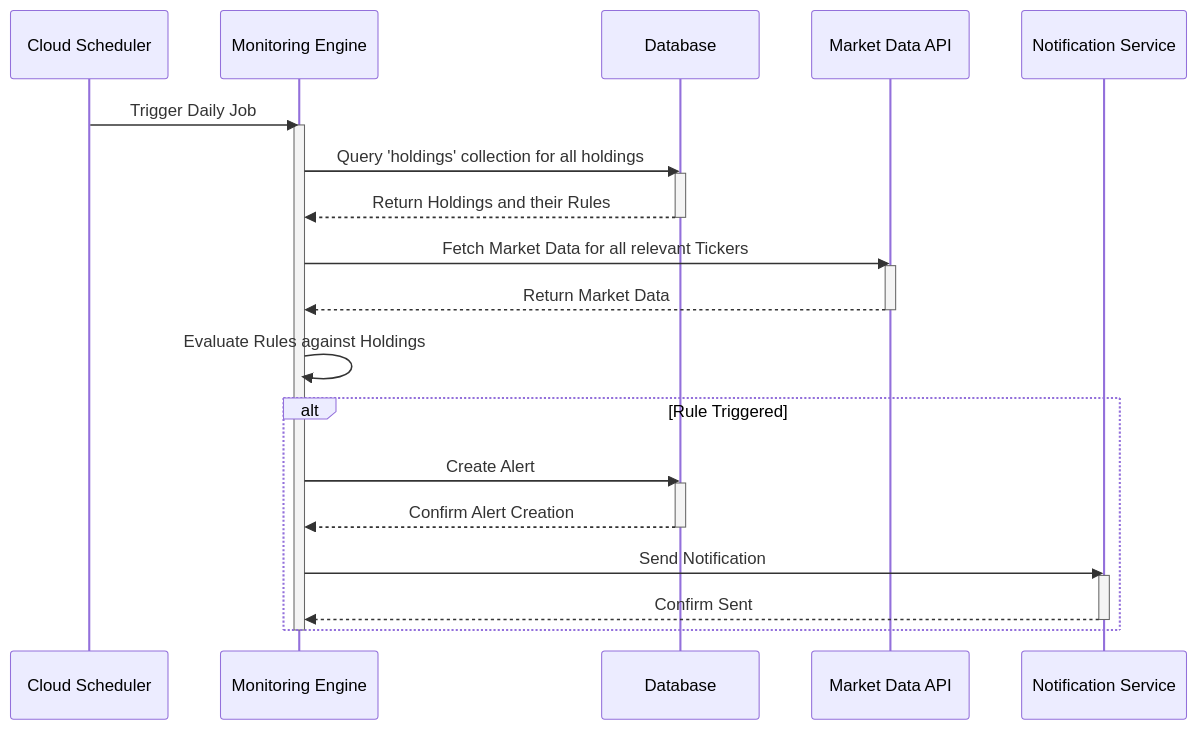
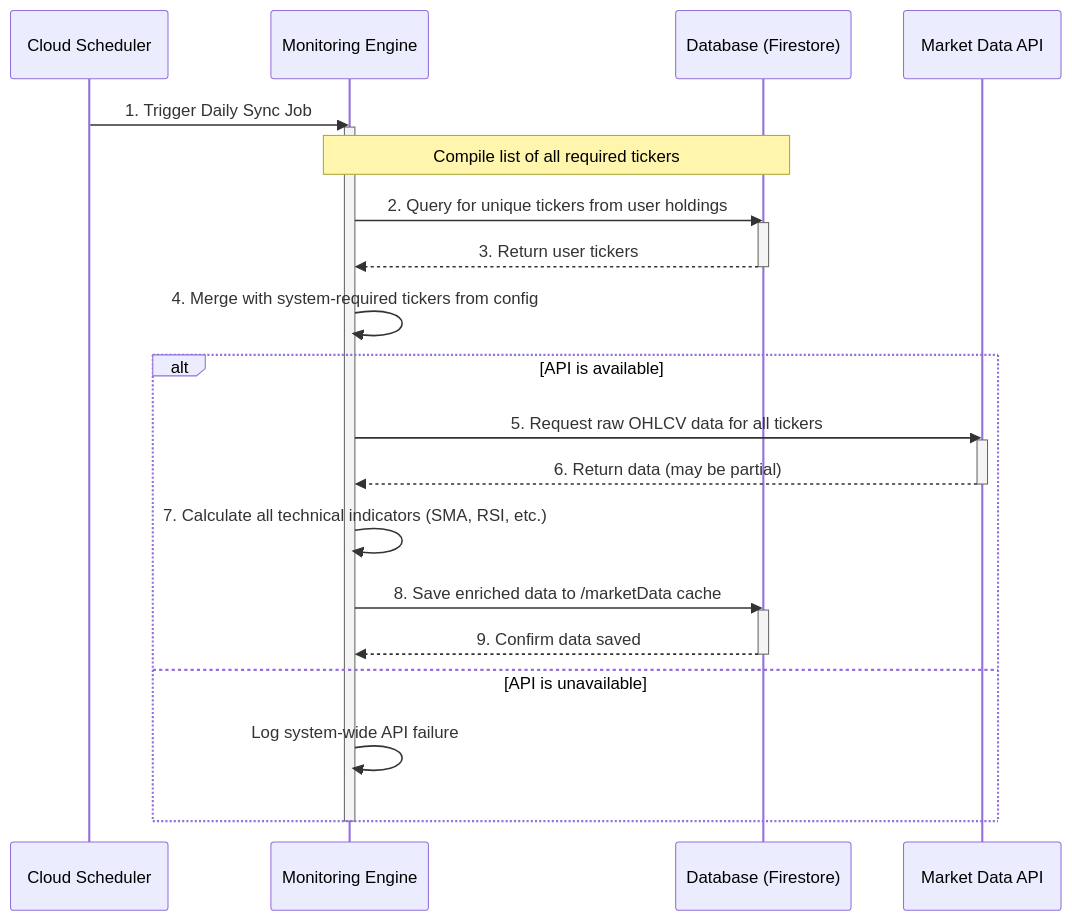
One commit to enzhao/Sentinel changed diagram 45 of 52 in product_spec.md. Above: the diagram before and after it, drawn with Mermaid. The commit also changed other lines of this file, not shown here.

First line of the commit message:
docs(spec): refine market monitoring and notification process

````diff
--- a/product_spec.md
+++ b/product_spec.md
@@ -2280,30 +2354,34 @@
 ```mermaid
 sequenceDiagram
     participant Scheduler as Cloud Scheduler
     participant Engine as Monitoring Engine
-    participant DB as Database
+    participant DB as Database (Firestore)
     participant API as Market Data API
-    participant Notify as Notification Service
-    Scheduler->>Engine: Trigger Daily Job
+
+    Scheduler->>Engine: 1. Trigger Daily Sync Job
     activate Engine
-    Engine->>DB: Query 'holdings' collection for all holdings
+
+    Note over Engine, DB: Compile list of all required tickers
+    Engine->>DB: 2. Query for unique tickers from user holdings
     activate DB
-    DB-->>Engine: Return Holdings and their Rules
+    DB-->>Engine: 3. Return user tickers
     deactivate DB
-    Engine->>API: Fetch Market Data for all relevant Tickers
-    activate API
-    API-->>Engine: Return Market Data
-    deactivate API
-    Engine->>Engine: Evaluate Rules against Holdings
-    alt Rule Triggered
-        Engine->>DB: Create Alert
+    Engine->>Engine: 4. Merge with system-required tickers from config
+
+    alt API is available
+        Engine->>API: 5. Request raw OHLCV data for all tickers
+        activate API
+        API-->>Engine: 6. Return data (may be partial)
+        deactivate API
+
+        Engine->>Engine: 7. Calculate all technical indicators (SMA, RSI, etc.)
+        Engine->>DB: 8. Save enriched data to /marketData cache
         activate DB
-        DB-->>Engine: Confirm Alert Creation
+        DB-->>Engine: 9. Confirm data saved
         deactivate DB
-        Engine->>Notify: Send Notification
-        activate Notify
-        Notify-->>Engine: Confirm Sent
-        deactivate Notify
+    else API is unavailable
+        Engine->>Engine: Log system-wide API failure
     end
+
     deactivate Engine
 ```
````
